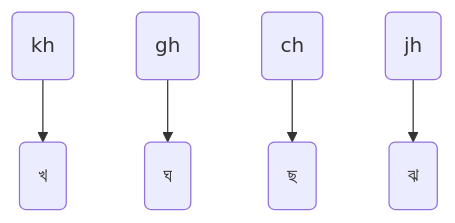
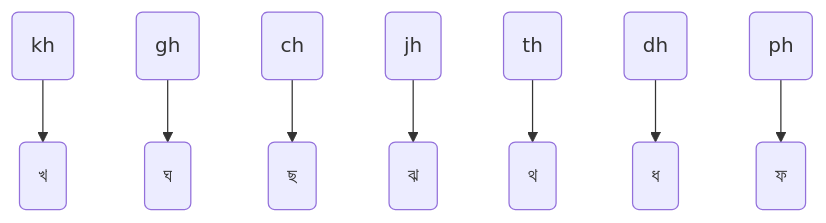
Before and after one commit to KhiproTeam/khipro-quickstart: the third of 10 diagrams in README.md, drawn with Mermaid.

Commit message:
দুটো ফ্লোচার্ট মার্জ করা

````diff
--- a/README.md
+++ b/README.md
@@ -66,7 +66,10 @@
 ```mermaid
 flowchart TD
 a(kh) --> b(খ)
 c(gh) --> d(ঘ)
 e(ch) --> f(ছ)
 g(jh) --> h(ঝ)
+i(th) --> j(থ)
+k(dh) --> l(ধ)
+m(ph) --> n(ফ)
 ```
````
